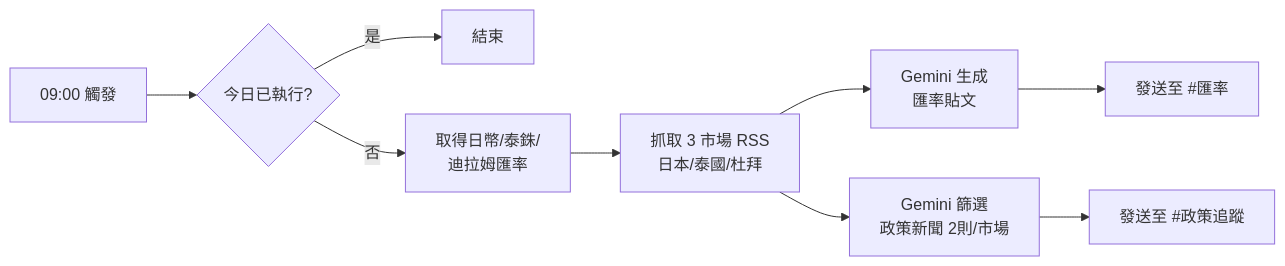
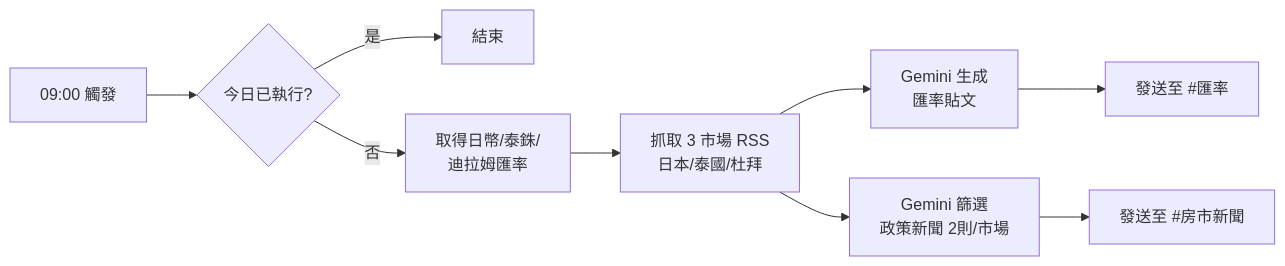
One commit to xxx789666/24-7-Discord- changed the sixth of 13 diagrams in README.md. Above: the diagram before and after it, drawn with Mermaid. The commit also changed other lines of this file and 3 other files, not shown here.

Commit message:
fix: 頻道名稱更新 — 政策追蹤→房市新聞, 買房經驗分享→一般閒聊

````diff
--- a/README.md
+++ b/README.md
@@ -204,11 +204,11 @@
 ```mermaid
 flowchart LR
     A[09:00 觸發] --> B{今日已執行?}
     B -- 是 --> Z[結束]
     B -- 否 --> C[取得日幣/泰銖/\n迪拉姆匯率]
     C --> D[抓取 3 市場 RSS\n日本/泰國/杜拜]
     D --> E1[Gemini 生成\n匯率貼文]
     D --> E2[Gemini 篩選\n政策新聞 2則/市場]
     E1 --> F1[發送至 #匯率]
-    E2 --> F2[發送至 #政策追蹤]
+    E2 --> F2[發送至 #房市新聞]
 ```
````
